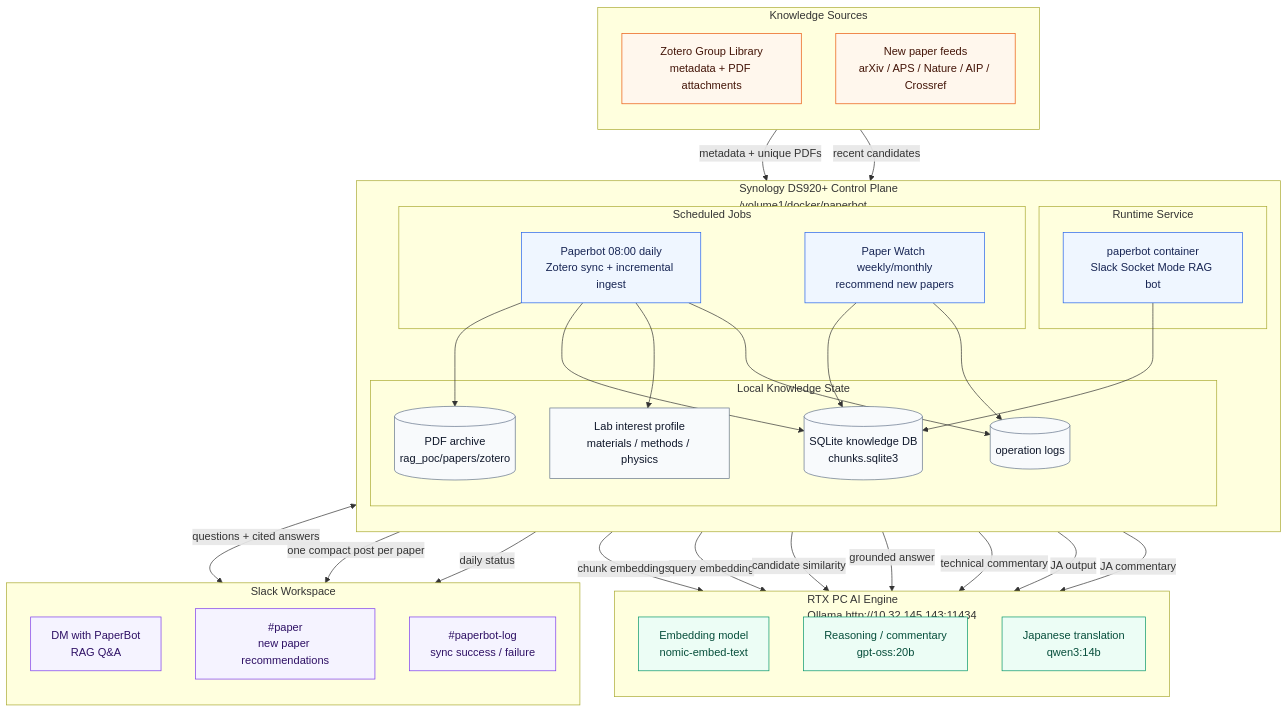
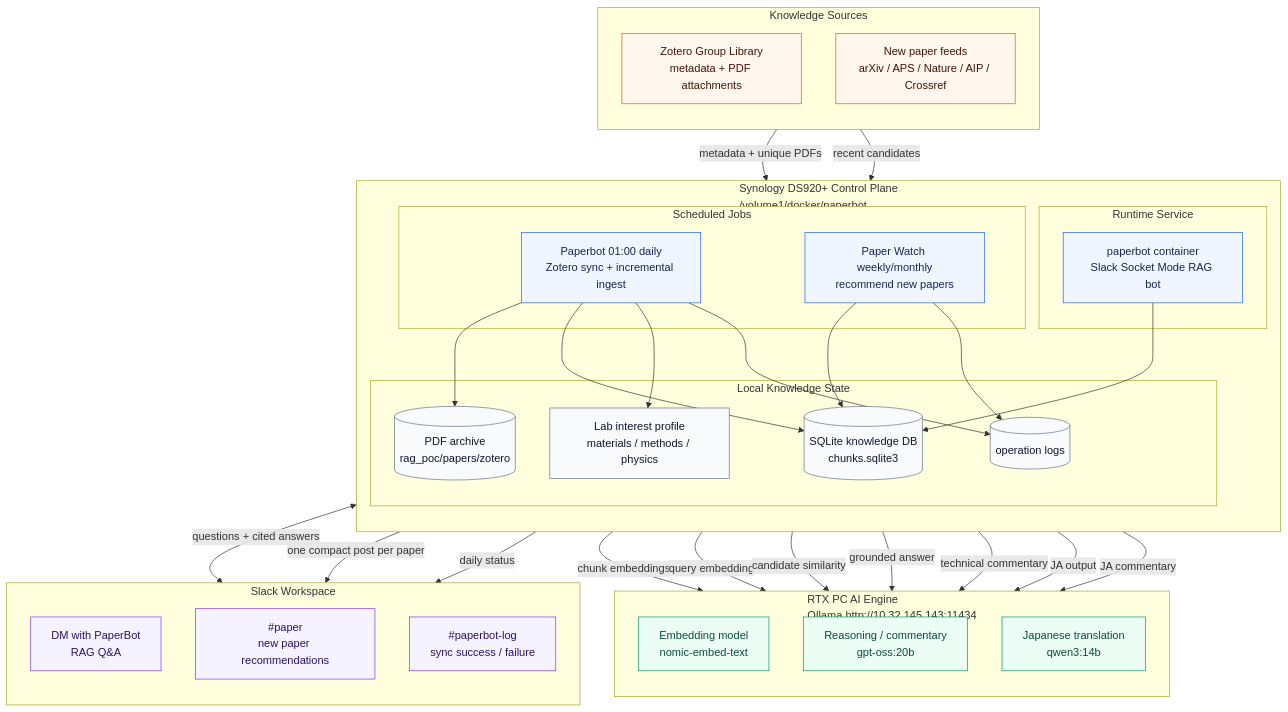
The first of 2 diagrams in README.md (woolen-yarn/kohdalab-paperbot), drawn with Mermaid before and after one commit. The commit also changed other lines of this file and 8 other files, not shown here.

````diff
--- a/README.md
+++ b/README.md
@@ -20,76 +25,76 @@
 ```mermaid
 flowchart TB
   subgraph sources["Knowledge Sources"]
     direction TB
     zotero["Zotero Group Library\nmetadata + PDF attachments"]
     feeds["New paper feeds\narXiv / APS / Nature / AIP / Crossref"]
   end
 
   subgraph nas["Synology DS920+ Control Plane\n/volume1/docker/paperbot"]
     direction TB
 
     subgraph jobs["Scheduled Jobs"]
-      sync["Paperbot 08:00 daily\nZotero sync + incremental ingest"]
+      sync["Paperbot 01:00 daily\nZotero sync + incremental ingest"]
       watch["Paper Watch weekly/monthly\nrecommend new papers"]
     end
 
     subgraph app["Runtime Service"]
       bot["paperbot container\nSlack Socket Mode RAG bot"]
     end
 
     subgraph state["Local Knowledge State"]
       pdfs[("PDF archive\nrag_poc/papers/zotero")]
       db[("SQLite knowledge DB\nchunks.sqlite3")]
       profile["Lab interest profile\nmaterials / methods / physics"]
       logs[("operation logs")]
     end
   end
 
   subgraph rtx["RTX PC AI Engine\nOllama http://10.32.145.143:11434"]
     direction TB
     embed["Embedding model\nnomic-embed-text"]
     chat["Reasoning / commentary\ngpt-oss:20b"]
     translate["Japanese translation\nqwen3:14b"]
   end
 
   subgraph slack["Slack Workspace"]
     direction TB
     dm["DM with PaperBot\nRAG Q&A"]
     paper["#paper\nnew paper recommendations"]
     ops["#paperbot-log\nsync success / failure"]
   end
 
   zotero -->|"metadata + unique PDFs"| sync
   feeds -->|"recent candidates"| watch
 
   sync --> pdfs
   sync --> db
   sync --> profile
   sync --> logs
   watch --> db
   watch --> logs
   bot --> db
 
   sync -->|"chunk embeddings"| embed
   bot -->|"query embedding"| embed
   watch -->|"candidate similarity"| embed
   bot -->|"grounded answer"| chat
   watch -->|"technical commentary"| chat
   bot -->|"JA output"| translate
   watch -->|"JA commentary"| translate
 
   bot <-->|"questions + cited answers"| dm
   watch -->|"one compact post per paper"| paper
   sync -->|"daily status"| ops
 
   classDef source fill:#fff7ed,stroke:#ea580c,color:#431407
   classDef nas fill:#eff6ff,stroke:#2563eb,color:#172554
   classDef state fill:#f8fafc,stroke:#64748b,color:#0f172a
   classDef rtx fill:#ecfdf5,stroke:#059669,color:#064e3b
   classDef slack fill:#f5f3ff,stroke:#7c3aed,color:#2e1065
   class zotero,feeds source
   class sync,watch,bot nas
   class pdfs,db,profile,logs state
   class embed,chat,translate rtx
   class dm,paper,ops slack
 ```
````
